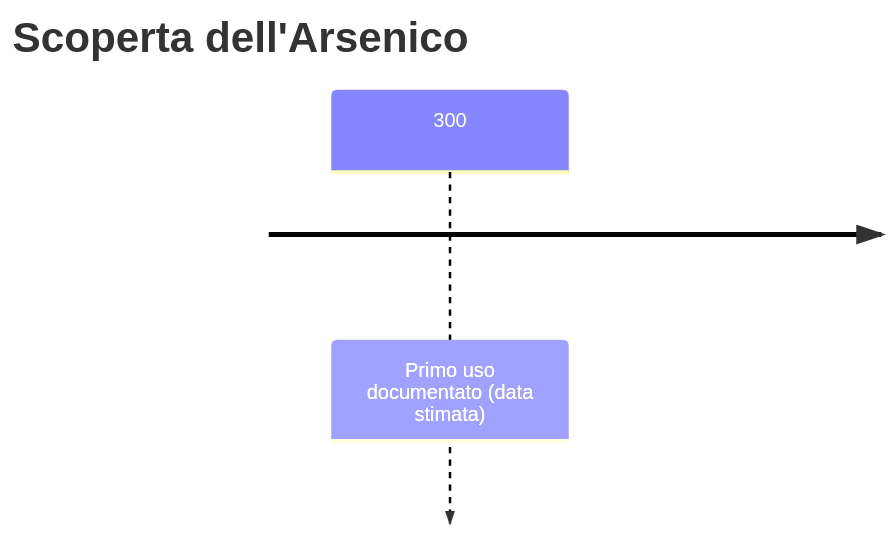
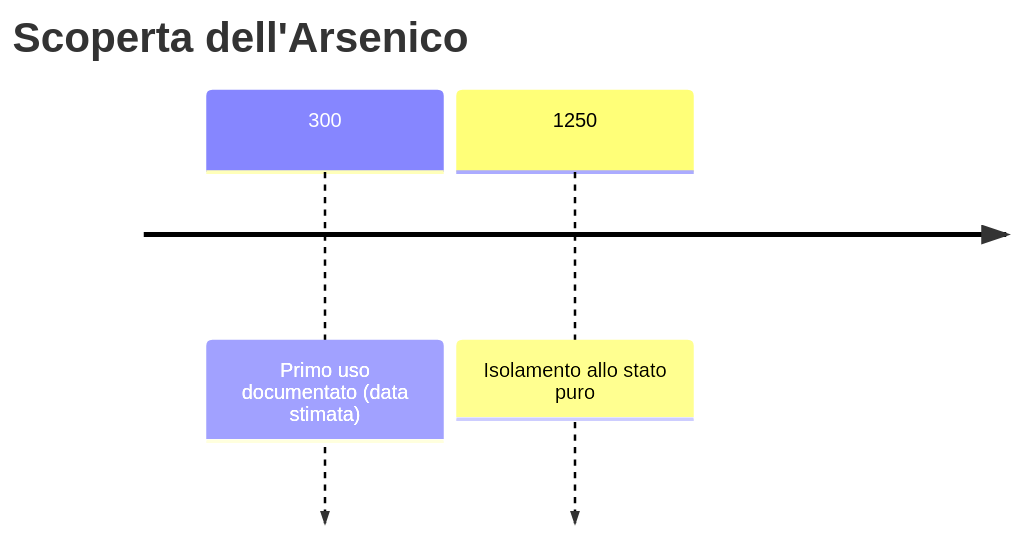
The first of 3 diagrams in vault/Elementi/Arsenico.md (gianlucaciarcelluti/elements-caos), drawn with Mermaid before and after one commit. The commit also changed other lines of this file and 11 other files, not shown here.

````diff
--- a/vault/Elementi/Arsenico.md
+++ b/vault/Elementi/Arsenico.md
@@ -28,5 +28,6 @@
 ```mermaid
 timeline
     title Scoperta dell'Arsenico
     300 : Primo uso documentato (data stimata)
+    1250 : Isolamento allo stato puro
 ```
````
